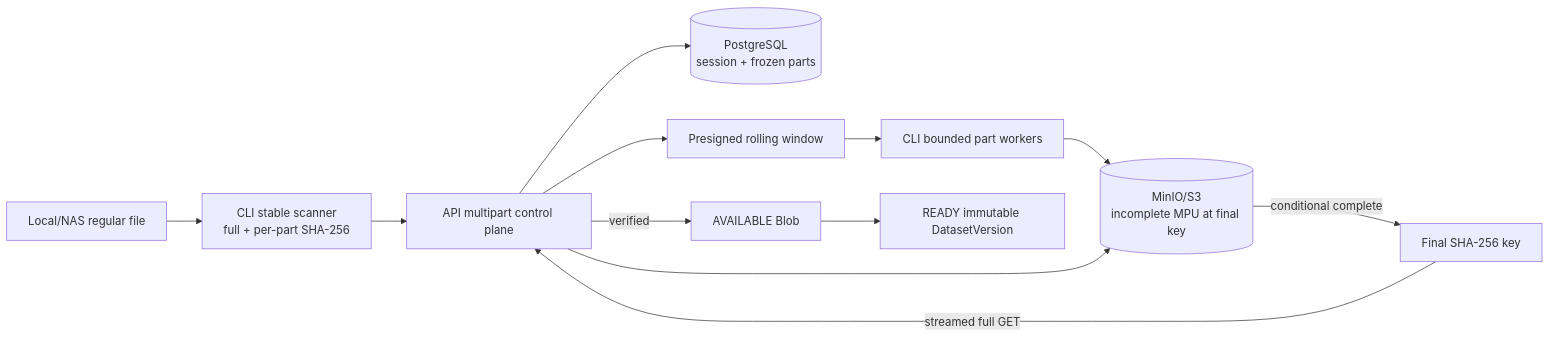
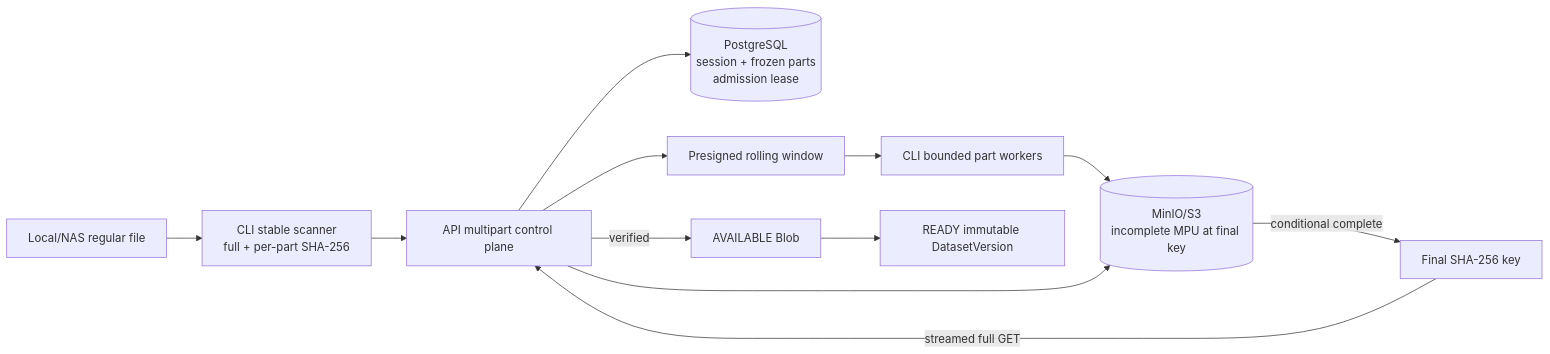
Before and after one commit to zbnerd/RoboLake: the first of 9 diagrams in docs/M2_MULTIPART_ARCHITECTURE.md, drawn with Mermaid. The commit also changed other lines of this file and 19 other files, not shown here.

````diff
--- a/docs/M2_MULTIPART_ARCHITECTURE.md
+++ b/docs/M2_MULTIPART_ARCHITECTURE.md
@@ -33,14 +38,14 @@
 ```mermaid
 flowchart LR
     A[Local/NAS regular file] --> B[CLI stable scanner<br/>full + per-part SHA-256]
     B --> C[API multipart control plane]
-    C --> D[(PostgreSQL<br/>session + frozen parts)]
+    C --> D[(PostgreSQL<br/>session + frozen parts<br/>admission lease)]
     C --> E[Presigned rolling window]
     E --> F[CLI bounded part workers]
     F --> G[(MinIO/S3<br/>incomplete MPU at final key)]
     C --> G
     G -->|conditional complete| H[Final SHA-256 key]
     H -->|streamed full GET| C
     C -->|verified| I[AVAILABLE Blob]
     I --> J[READY immutable DatasetVersion]
 ```
````
